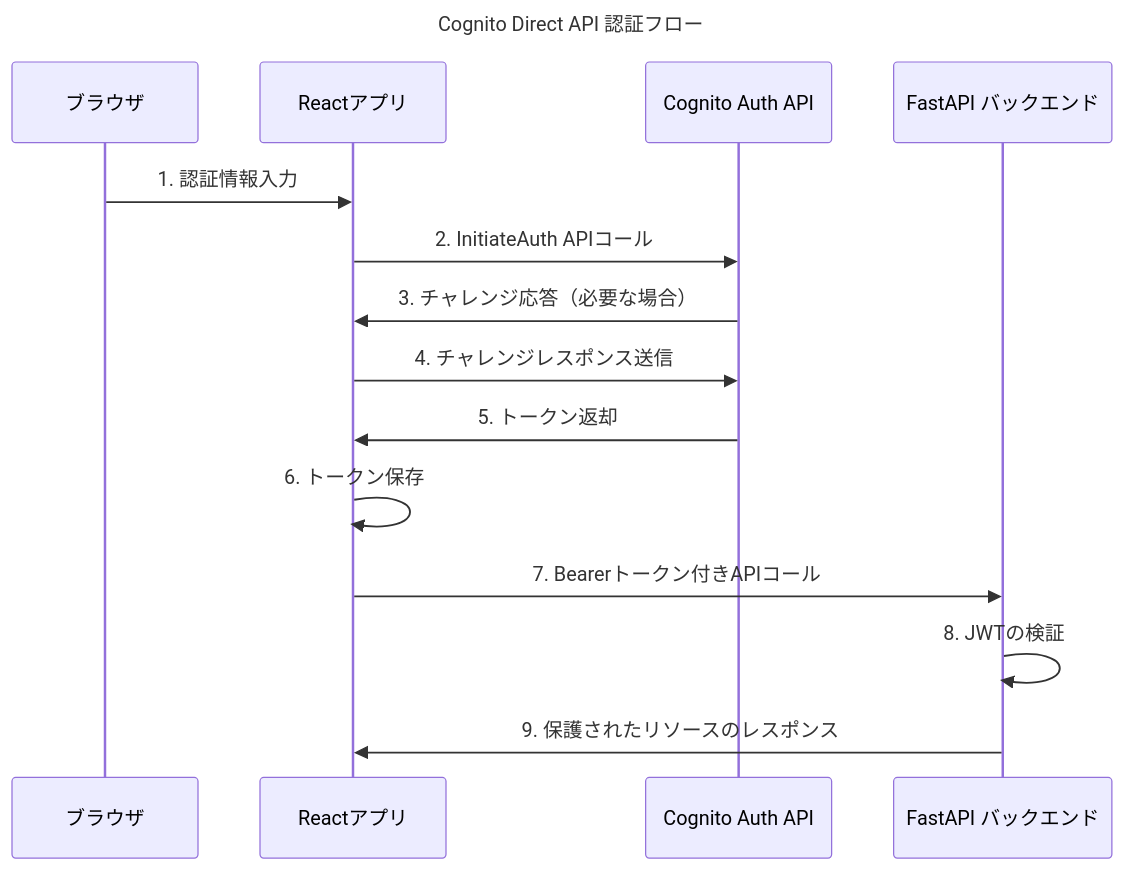
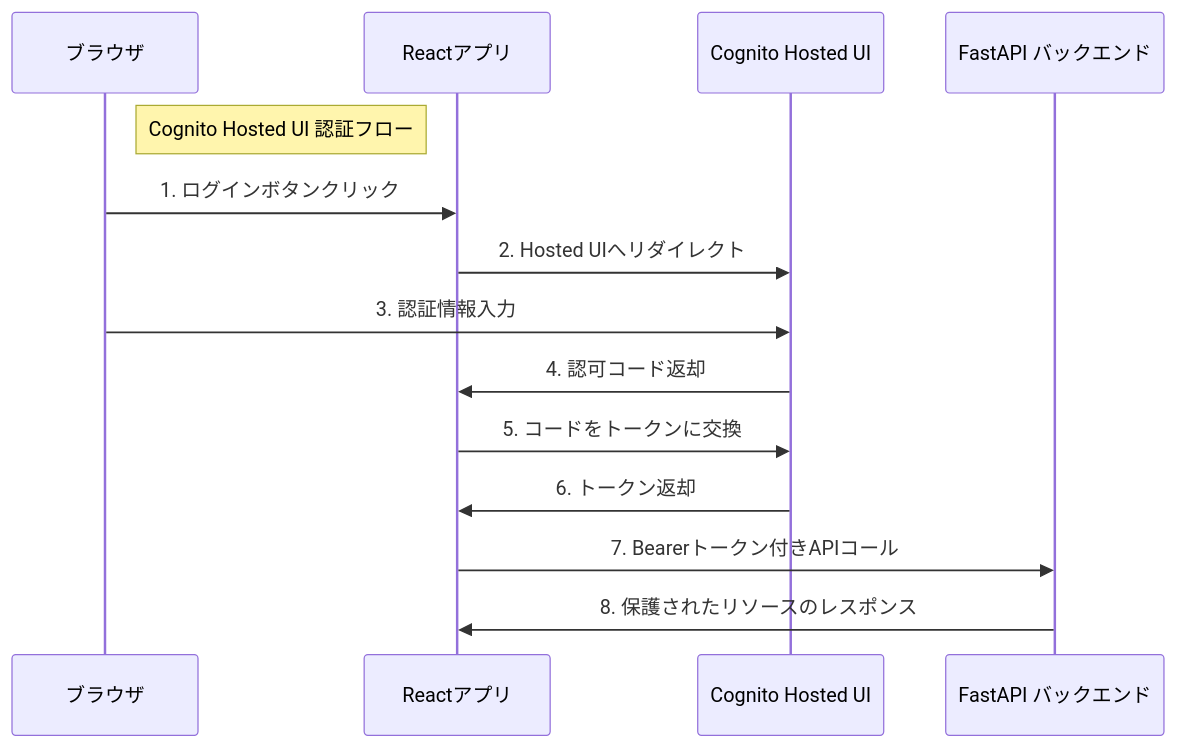
One commit to ZenQuestX/docs changed the second of 2 diagrams in 認証フローのシーケンス図.md. Above: the diagram before and after it, drawn with Mermaid.

````diff
--- a/認証フローのシーケンス図.md
+++ b/認証フローのシーケンス図.md
@@ -39,19 +39,18 @@
 ```mermaid
 sequenceDiagram
-    title Cognito Direct API 認証フロー
     participant Browser as ブラウザ
     participant React as Reactアプリ
-    participant CognitoAPI as Cognito Auth API
+    participant Cognito as Cognito Hosted UI
     participant API as FastAPI バックエンド
 
-    Browser->>React: 1. 認証情報入力
-    React->>CognitoAPI: 2. InitiateAuth APIコール
-    CognitoAPI->>React: 3. チャレンジ応答（必要な場合）
-    React->>CognitoAPI: 4. チャレンジレスポンス送信
-    CognitoAPI->>React: 5. トークン返却
-    React->>React: 6. トークン保存
+    note right of Browser: Cognito Hosted UI 認証フロー
+
+    Browser->>React: 1. ログインボタンクリック
+    React->>Cognito: 2. Hosted UIへリダイレクト
+    Browser->>Cognito: 3. 認証情報入力
+    Cognito->>React: 4. 認可コード返却
+    React->>Cognito: 5. コードをトークンに交換
+    Cognito->>React: 6. トークン返却
     React->>API: 7. Bearerトークン付きAPIコール
-    API->>API: 8. JWTの検証
-    API->>React: 9. 保護されたリソースのレスポンス
-
+    API->>React: 8. 保護されたリソースのレスポンス
 ```
````
